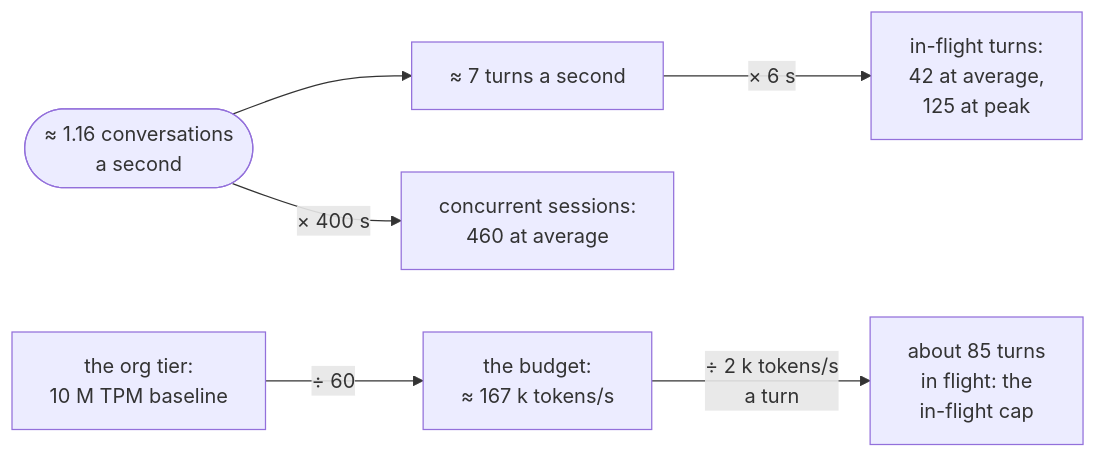
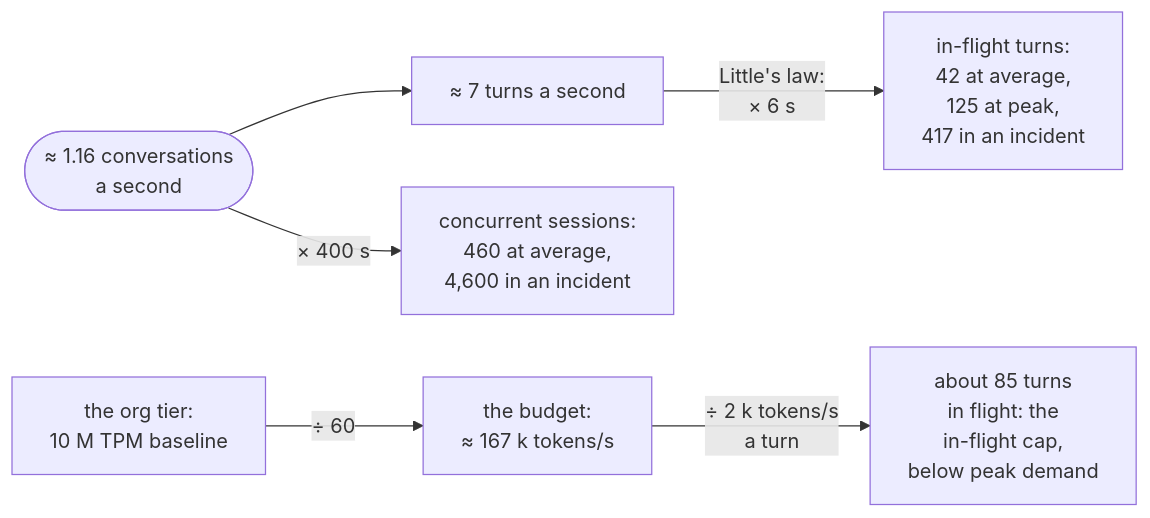
The second of 3 diagrams in 06-gateway/scaling-admission-cost/agentic-scaling-lab/docs/01-scaling-primer.md (aniryou/full-stack-agentic-engineer), drawn with Mermaid before and after one commit. The commit also changed other lines of this file and 340 other files, not shown here.

````diff
--- a/06-gateway/scaling-admission-cost/agentic-scaling-lab/docs/01-scaling-primer.md
+++ b/06-gateway/scaling-admission-cost/agentic-scaling-lab/docs/01-scaling-primer.md
@@ -224,8 +224,8 @@
 ```mermaid
 flowchart LR
     C(["≈ 1.16 conversations<br/>a second"]) --> T["≈ 7 turns a second"]
-    T -- "× 6 s" --> IF["in-flight turns:<br/>42 at average,<br/>125 at peak"]
-    C -- "× 400 s" --> S["concurrent sessions:<br/>460 at average"]
+    T -- "Little's law:<br/>× 6 s" --> IF["in-flight turns:<br/>42 at average,<br/>125 at peak,<br/>417 in an incident"]
+    C -- "× 400 s" --> S["concurrent sessions:<br/>460 at average,<br/>4,600 in an incident"]
     BASE["the org tier:<br/>10 M TPM baseline"] -- "÷ 60" --> B["the budget:<br/>≈ 167 k tokens/s"]
-    B -- "÷ 2 k tokens/s<br/>a turn" --> CAP["about 85 turns<br/>in flight: the<br/>in-flight cap"]
+    B -- "÷ 2 k tokens/s<br/>a turn" --> CAP["about 85 turns<br/>in flight: the<br/>in-flight cap,<br/>below peak demand"]
 ```
````
